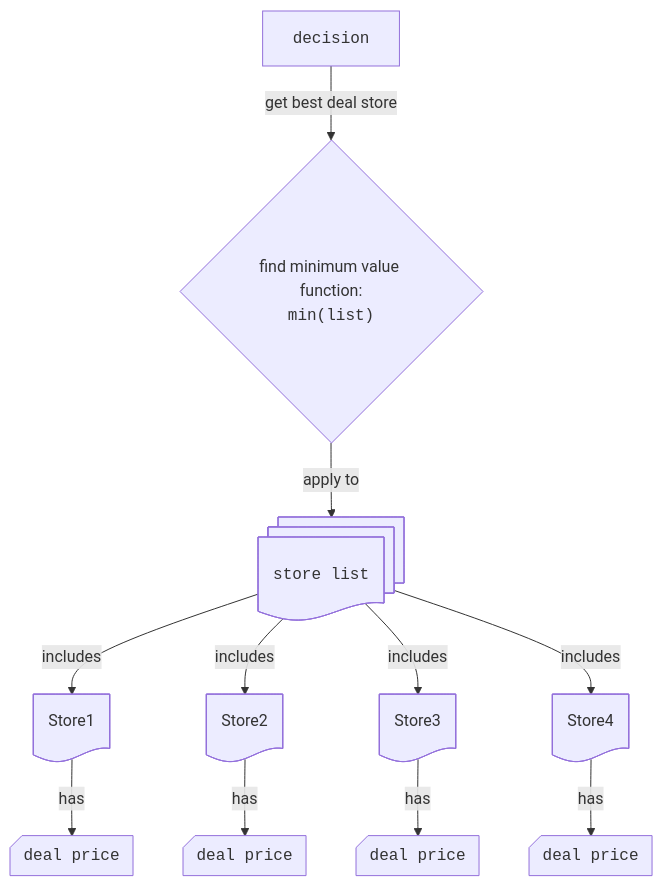
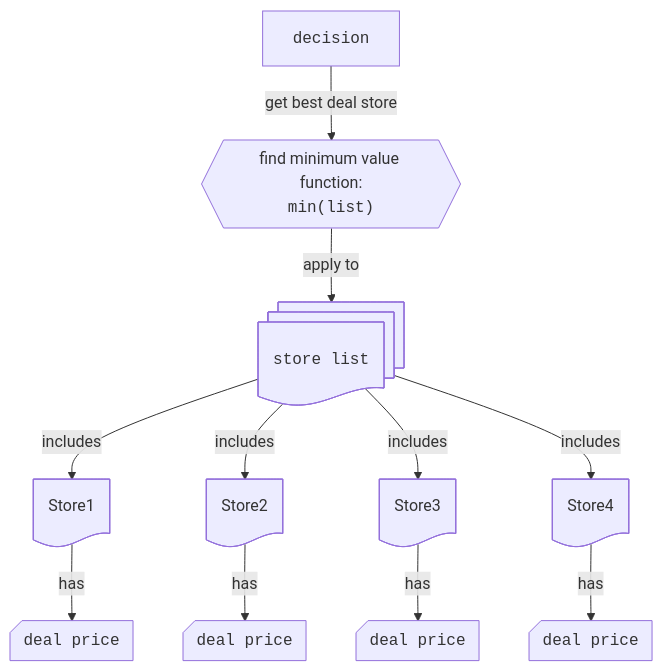
One commit to Walter462/Sneakers changed the fourth of 18 diagrams in README.md. Above: the diagram before and after it, drawn with Mermaid. The commit also changed other lines of this file, not shown here.

````diff
--- a/README.md
+++ b/README.md
@@ -254,17 +254,17 @@
 ```mermaid
 %%{ init : { "themeVariables": { "htmlLabels": true }}}%%
 graph TB
   decision@{shape: rect, label: "<code>decision</code>"}
   decision -->|get best deal store| minf
-  minf@{shape: diamond, label: "find minimum value function:\n<code>min(list)</code>"}
+  minf@{shape: hex, label: "find minimum value function:\n<code>min(list)</code>"}
   minf -->|apply to| StoreList@{shape: docs, label: "<code>store list</code>"}
   StoreList --> |includes|Store1@{shape: doc}
   StoreList --> |includes|Store2@{shape: doc}
   StoreList --> |includes|Store3@{shape: doc}
   StoreList --> |includes|Store4@{shape: doc}
 
   Store1@{shape: doc} --> |has|deal_price1@{shape: card, label: "<code>deal price</code>"}
   Store2@{shape: doc} --> |has|deal_price2@{shape: card, label: "<code>deal price</code>"}
   Store3@{shape: doc} --> |has|deal_price3@{shape: card, label: "<code>deal price</code>"}
   Store4@{shape: doc} --> |has|deal_price4@{shape: card, label: "<code>deal price</code>"}
 ```
````
